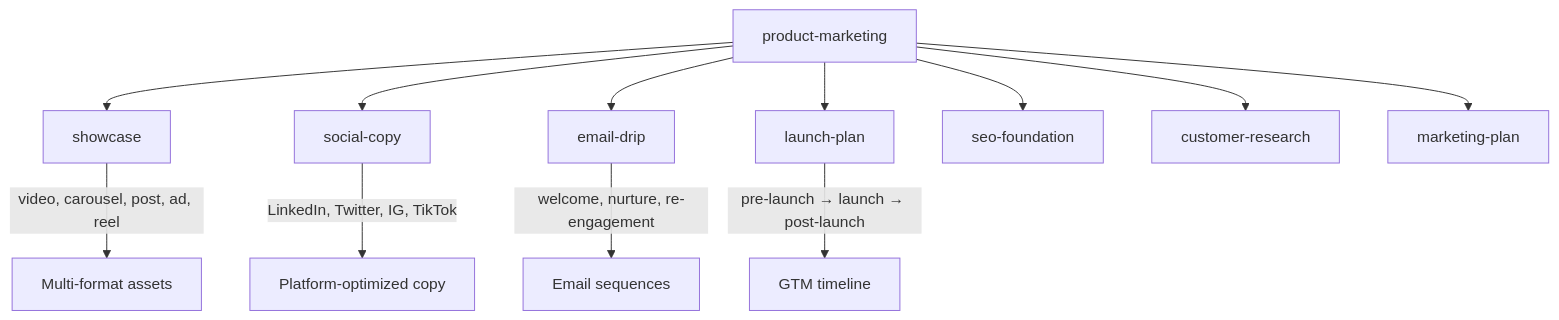
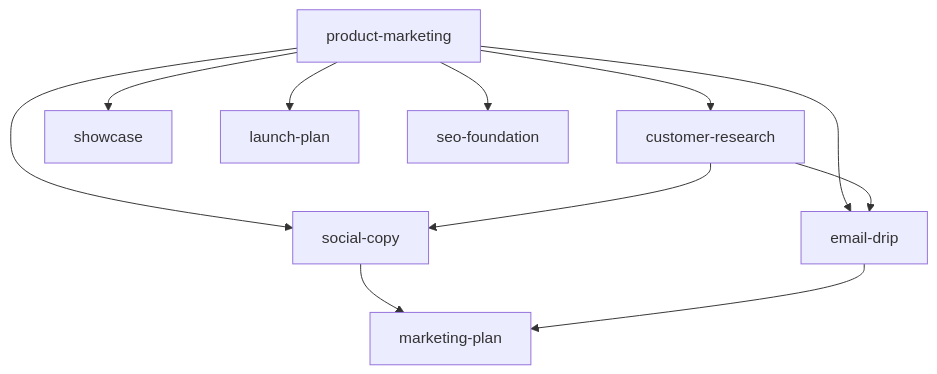
One commit to juandelossantos/another-marketing-skills changed the first of 2 diagrams in README.md. Above: the diagram before and after it, drawn with Mermaid. The commit also changed other lines of this file, not shown here.

````diff
--- a/README.md
+++ b/README.md
@@ -89,15 +57,11 @@
 ```mermaid
 flowchart TD
-    PM[product-marketing] --> SC[showcase]
+    PM[product-marketing] --> CR[customer-research]
+    PM --> SC[showcase]
     PM --> SOC[social-copy]
     PM --> EM[email-drip]
     PM --> LP[launch-plan]
     PM --> SEO[seo-foundation]
-    PM --> CR[customer-research]
-    PM --> MP[marketing-plan]
-
-    SC --> |"video, carousel, post, ad, reel"| F1[Multi-format assets]
-    SOC --> |"LinkedIn, Twitter, IG, TikTok"| F2[Platform-optimized copy]
-    EM --> |"welcome, nurture, re-engagement"| F3[Email sequences]
-    LP --> |"pre-launch → launch → post-launch"| F4[GTM timeline]
+    CR --> SOC & EM
+    SOC & EM --> MP[marketing-plan]
 ```
````
